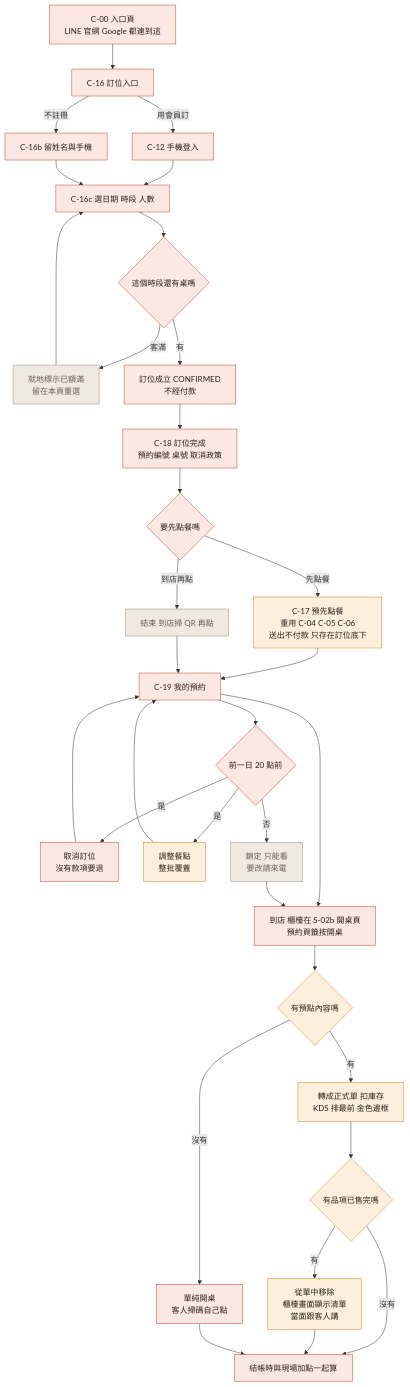
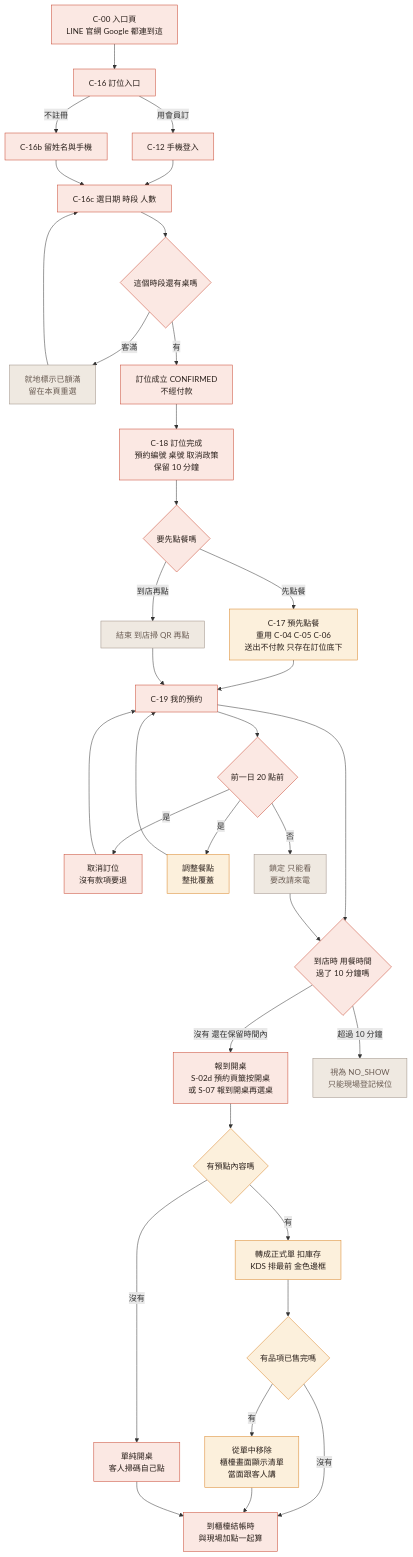
One commit to harry-wann/smart-order changed the third of 3 diagrams in docs/ui/10-UI-UX規格.md. Above: the diagram before and after it, drawn with Mermaid. The commit also changed other lines of this file and 91 other files, not shown here.

````diff
--- a/docs/ui/10-UI-UX規格.md
+++ b/docs/ui/10-UI-UX規格.md
@@ -668,41 +873,43 @@
 ```mermaid
 flowchart TD
     A["C-00 入口頁<br/>LINE 官網 Google 都連到這"] --> B["C-16 訂位入口"]
     B -->|用會員訂| B1["C-12 手機登入"]
     B -->|不註冊| B2["C-16b 留姓名與手機"]
     B1 --> C["C-16c 選日期 時段 人數"]
     B2 --> C
     C --> D{"這個時段還有桌嗎"}
     D -->|客滿| D1["就地標示已額滿<br/>留在本頁重選"]
     D1 --> C
     D -->|有| E["訂位成立 CONFIRMED<br/>不經付款"]
-    E --> F["C-18 訂位完成<br/>預約編號 桌號 取消政策"]
+    E --> F["C-18 訂位完成<br/>預約編號 桌號 取消政策<br/>保留 10 分鐘"]
     F --> G{"要先點餐嗎"}
     G -->|到店再點| H["結束 到店掃 QR 再點"]
     G -->|先點餐| I["C-17 預先點餐<br/>重用 C-04 C-05 C-06<br/>送出不付款 只存在訂位底下"]
     I --> K["C-19 我的預約"]
     H --> K
     K --> L{"前一日 20 點前"}
     L -->|是| M1["取消訂位<br/>沒有款項要退"]
     L -->|是| M2["調整餐點<br/>整批覆蓋"]
     M1 --> K
     M2 --> K
     L -->|否| N["鎖定 只能看<br/>要改請來電"]
-    K --> O["到店 櫃檯在 S-02b 開桌頁<br/>預約頁籤按開桌"]
-    N --> O
+    K --> AR{"到店時 用餐時間<br/>過了 10 分鐘嗎"}
+    N --> AR
+    AR -->|沒有 還在保留時間內| O["報到開桌<br/>S-02d 預約頁籤按開桌<br/>或 S-07 報到開桌再選桌"]
+    AR -->|超過 10 分鐘| NS["視為 NO_SHOW<br/>只能現場登記候位"]
     O --> P{"有預點內容嗎"}
     P -->|沒有| Q["單純開桌<br/>客人掃碼自己點"]
     P -->|有| R["轉成正式單 扣庫存<br/>KDS 排最前 金色邊框"]
     R --> S{"有品項已售完嗎"}
     S -->|有| T["從單中移除<br/>櫃檯畫面顯示清單<br/>當面跟客人講"]
-    S -->|沒有| U["結帳時與現場加點一起算"]
+    S -->|沒有| U["到櫃檯結帳時<br/>與現場加點一起算"]
     T --> U
     Q --> U
 
     classDef base fill:#FBE8E3,stroke:#C8442E,color:#2B211C
     classDef adv fill:#FCF0DC,stroke:#D98324,color:#2B211C
     classDef stop fill:#EFE9E1,stroke:#9C8E84,color:#6B5D54
-    class A,B,B1,B2,C,D,E,F,G,K,L,M1,O,Q,U base
+    class A,B,B1,B2,C,D,E,F,G,K,L,M1,AR,O,Q,U base
     class I,M2,P,R,S,T adv
-    class D1,H,N stop
+    class D1,H,N,NS stop
 ```
````
